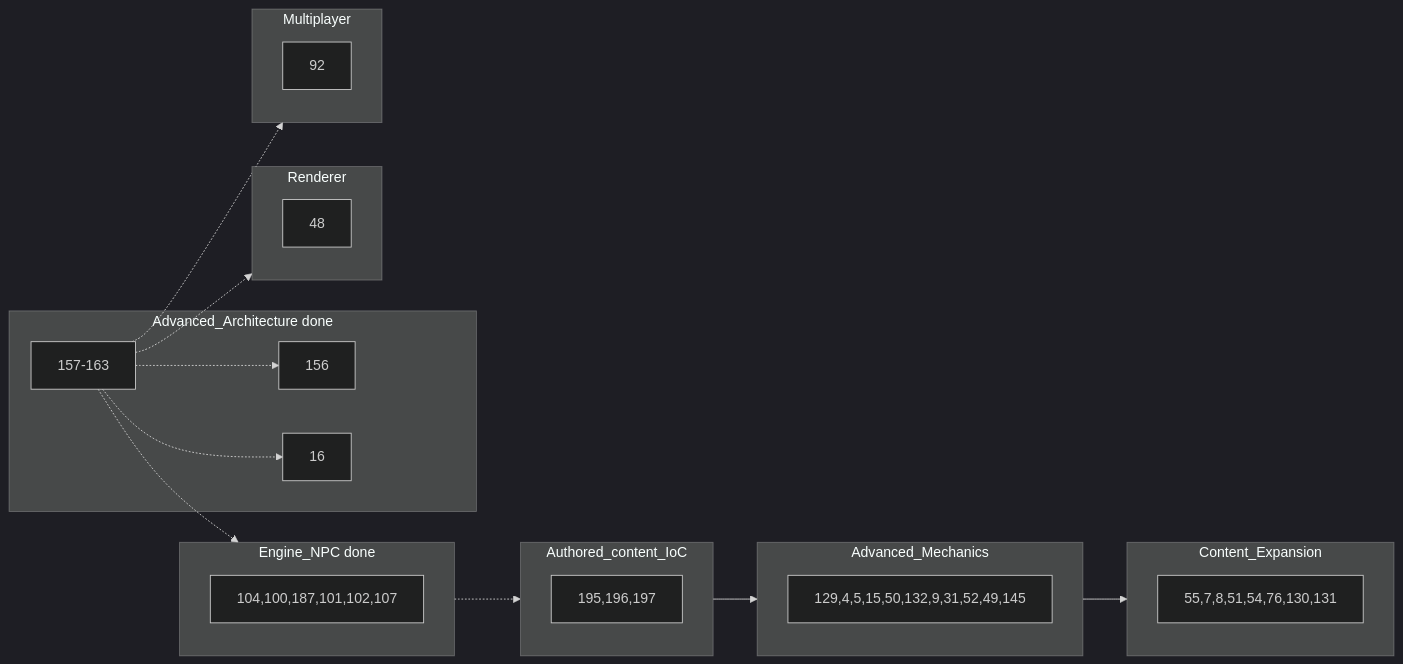
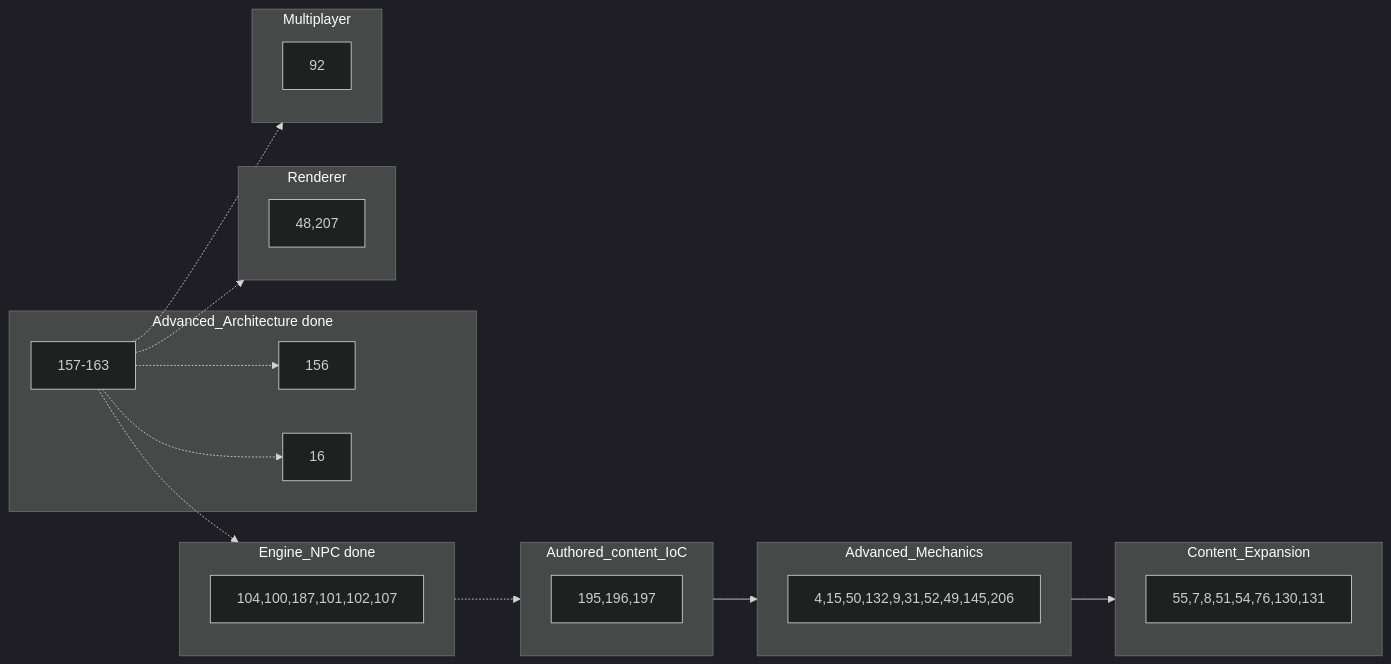
One commit to ianmays/dosmud changed the diagram in DEV_PLAN.md. Above: the diagram before and after it, drawn with Mermaid (dark theme).

Commit message:
refresh DEV_PLAN execution diagram
- drop closed #129 and #5 from m8; add open #206
- add #207 to m7 renderer node

````diff
--- a/DEV_PLAN.md
+++ b/DEV_PLAN.md
@@ -48,34 +48,34 @@
 ```mermaid
 flowchart LR
   subgraph m5_done [Advanced_Architecture done]
     M5chain["157-163"]
     M5adj["156"]
     M5late["16"]
   end
   subgraph m9_done [Engine_NPC done]
     M9a["104,100,187,101,102,107"]
   end
   subgraph m10 [Authored_content_IoC]
     M10["195,196,197"]
   end
   subgraph m8 [Advanced_Mechanics]
-    M8["129,4,5,15,50,132,9,31,52,49,145"]
+    M8["4,15,50,132,9,31,52,49,145,206"]
   end
   subgraph m6 [Content_Expansion]
     M6["55,7,8,51,54,76,130,131"]
   end
   subgraph m7 [Renderer]
-    M7["48"]
+    M7["48,207"]
   end
   subgraph m11 [Multiplayer]
     M11["92"]
   end
   M5chain -.-> M5adj
   M5chain -.-> M5late
   M5chain -.-> m9_done
   m9_done -.-> m10
   m10 --> m8
   m8 --> m6
   M5chain -.-> m7
   M5chain -.-> m11
 ```
````
